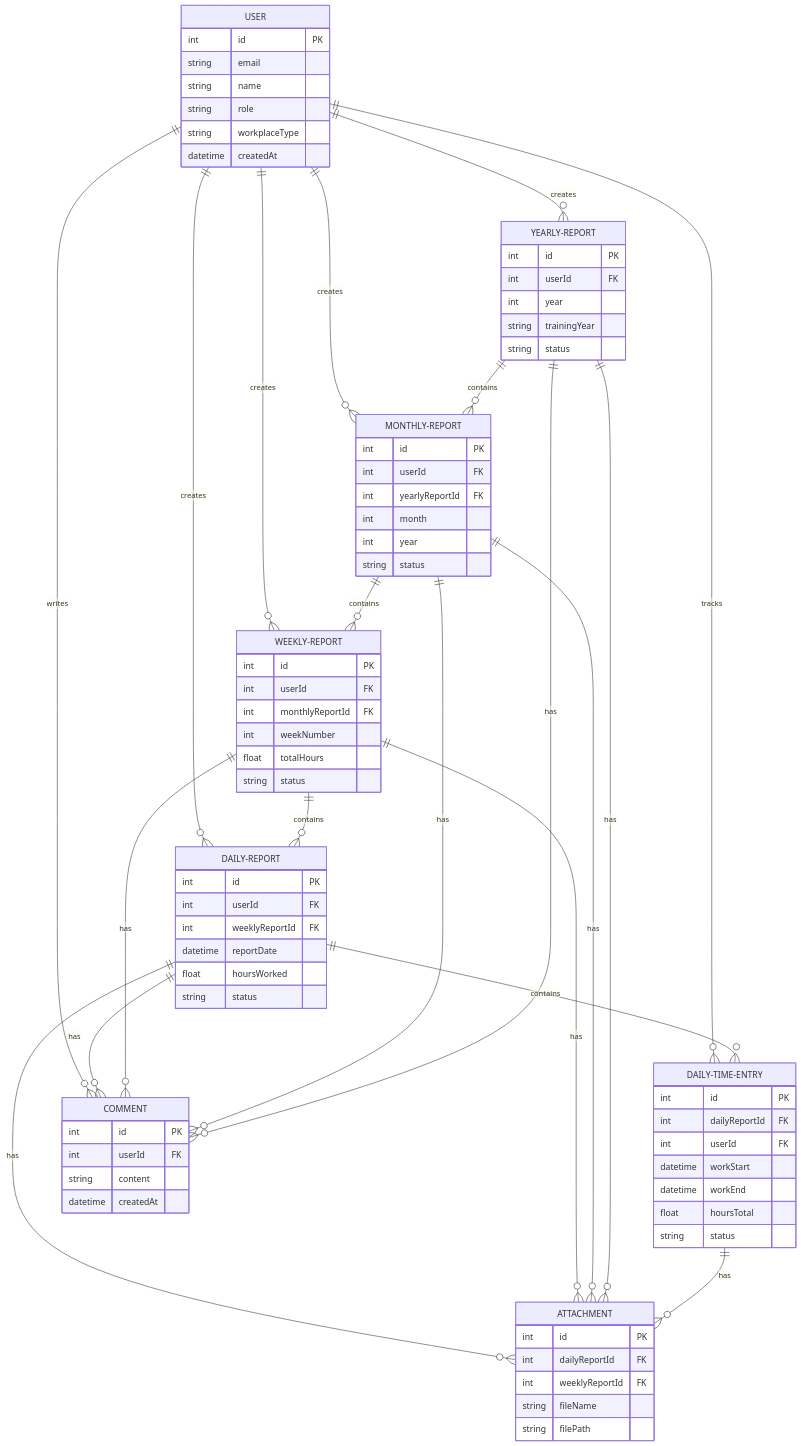
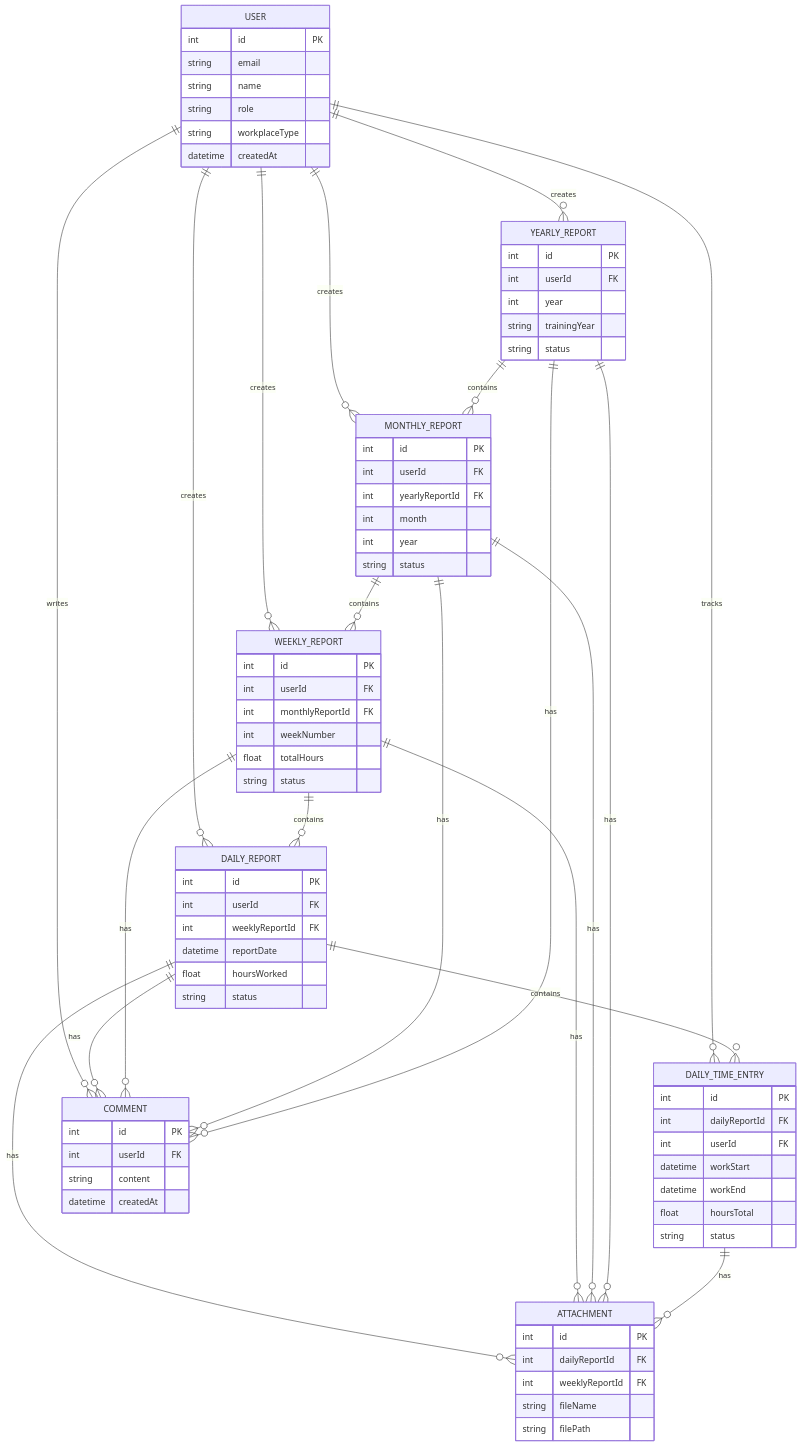
The fourth of 4 diagrams in SYSTEM_FLOW.md (Albuswolvrick/Berichts-Heft), drawn with Mermaid before and after one commit.

Commit message:
Refactor database diagram and entity names
the Entety relationship model should be fixed now

````diff
--- a/SYSTEM_FLOW.md
+++ b/SYSTEM_FLOW.md
@@ -123,27 +123,24 @@
 ```Mermaid
 erDiagram
-    USER ||--o{ DAILY-REPORT : "creates"
-    USER ||--o{ WEEKLY-REPORT : "creates"
-    USER ||--o{ MONTHLY-REPORT : "creates"
-    USER ||--o{ YEARLY-REPORT : "creates"
-    USER ||--o{ DAILY-TIME-ENTRY : "tracks"
+    USER ||--o{ DAILY_REPORT : "creates"
+    USER ||--o{ WEEKLY_REPORT : "creates"
+    USER ||--o{ MONTHLY_REPORT : "creates"
+    USER ||--o{ YEARLY_REPORT : "creates"
+    USER ||--o{ DAILY_TIME_ENTRY : "tracks"
     USER ||--o{ COMMENT : "writes"
-
-    YEARLY-REPORT ||--o{ MONTHLY-REPORT : "contains"
-    MONTHLY-REPORT ||--o{ WEEKLY-REPORT : "contains"
-    WEEKLY-REPORT ||--o{ DAILY-REPORT : "contains"
-    DAILY-REPORT ||--o{ DAILY-TIME-ENTRY : "contains"
-
-    DAILY-REPORT ||--o{ ATTACHMENT : "has"
-    WEEKLY-REPORT ||--o{ ATTACHMENT : "has"
-    MONTHLY-REPORT ||--o{ ATTACHMENT : "has"
-    YEARLY-REPORT ||--o{ ATTACHMENT : "has"
-    DAILY-TIME-ENTRY ||--o{ ATTACHMENT : "has"
-
-    DAILY-REPORT ||--o{ COMMENT : "has"
-    WEEKLY-REPORT ||--o{ COMMENT : "has"
-    MONTHLY-REPORT ||--o{ COMMENT : "has"
-    YEARLY-REPORT ||--o{ COMMENT : "has"
+    YEARLY_REPORT ||--o{ MONTHLY_REPORT : "contains"
+    MONTHLY_REPORT ||--o{ WEEKLY_REPORT : "contains"
+    WEEKLY_REPORT ||--o{ DAILY_REPORT : "contains"
+    DAILY_REPORT ||--o{ DAILY_TIME_ENTRY : "contains"
+    DAILY_REPORT ||--o{ ATTACHMENT : "has"
+    WEEKLY_REPORT ||--o{ ATTACHMENT : "has"
+    MONTHLY_REPORT ||--o{ ATTACHMENT : "has"
+    YEARLY_REPORT ||--o{ ATTACHMENT : "has"
+    DAILY_TIME_ENTRY ||--o{ ATTACHMENT : "has"
+    DAILY_REPORT ||--o{ COMMENT : "has"
+    WEEKLY_REPORT ||--o{ COMMENT : "has"
+    MONTHLY_REPORT ||--o{ COMMENT : "has"
+    YEARLY_REPORT ||--o{ COMMENT : "has"
 
     USER {
         int id PK
@@ -153,8 +150,7 @@
         string workplaceType
         datetime createdAt
     }
-
-    DAILY-REPORT {
+    DAILY_REPORT {
         int id PK
         int userId FK
         int weeklyReportId FK
@@ -162,8 +158,7 @@
         float hoursWorked
         string status
     }
-
-    DAILY-TIME-ENTRY {
+    DAILY_TIME_ENTRY {
         int id PK
         int dailyReportId FK
         int userId FK
@@ -172,8 +167,7 @@
         float hoursTotal
         string status
     }
-
-    WEEKLY-REPORT {
+    WEEKLY_REPORT {
         int id PK
         int userId FK
         int monthlyReportId FK
@@ -181,8 +175,7 @@
         float totalHours
         string status
     }
-
-    MONTHLY-REPORT {
+    MONTHLY_REPORT {
         int id PK
         int userId FK
         int yearlyReportId FK
@@ -190,15 +183,13 @@
         int year
         string status
     }
-
-    YEARLY-REPORT {
+    YEARLY_REPORT {
         int id PK
         int userId FK
         int year
         string trainingYear
         string status
     }
-
     ATTACHMENT {
         int id PK
         int dailyReportId FK
@@ -206,12 +197,10 @@
         string fileName
         string filePath
     }
-
     COMMENT {
         int id PK
         int userId FK
         string content
         datetime createdAt
     }
-
 ```
````
